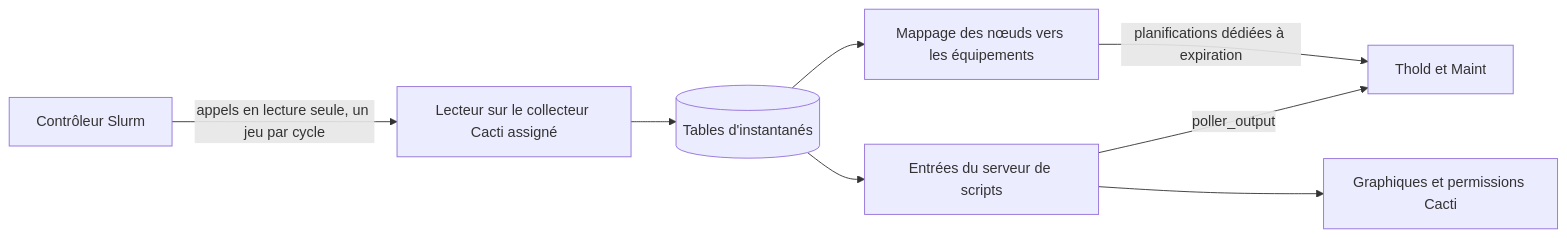
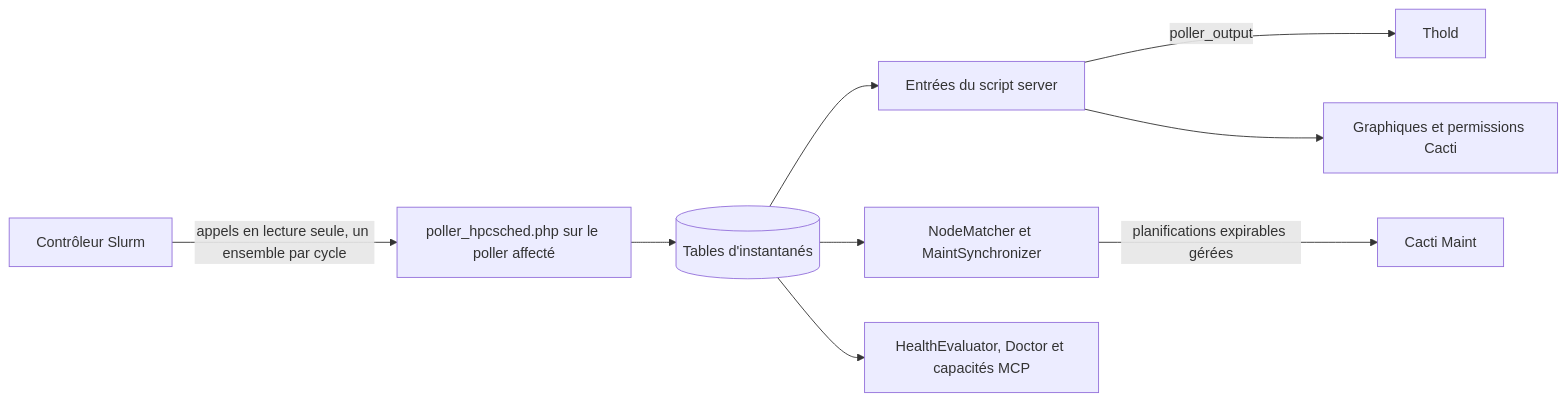
Before and after one commit to somethingwithproof/plugin_hpcsched: the diagram in docs/i18n/fr-SN/README.md, drawn with Mermaid. The commit also changed other lines of this file and 48 other files, not shown here.

````diff
--- a/docs/i18n/fr-SN/README.md
+++ b/docs/i18n/fr-SN/README.md
@@ -109,10 +163,11 @@
 ```mermaid
 flowchart LR
-    S[Contrôleur Slurm] -->|appels en lecture seule, un jeu par cycle| R[Lecteur sur le collecteur Cacti assigné]
+    S[Contrôleur Slurm] -->|appels en lecture seule, un ensemble par cycle| R[poller_hpcsched.php sur le poller affecté]
     R --> SNAP[(Tables d'instantanés)]
-    SNAP --> SS[Entrées du serveur de scripts]
-    SS -->|poller_output| T[Thold et Maint]
+    SNAP --> SS[Entrées du script server]
+    SS -->|poller_output| T[Thold]
     SS --> G[Graphiques et permissions Cacti]
-    SNAP --> MAP[Mappage des nœuds vers les équipements]
-    MAP -->|planifications dédiées à expiration| T
+    SNAP --> MAP[NodeMatcher et MaintSynchronizer]
+    MAP -->|planifications expirables gérées| M[Cacti Maint]
+    SNAP --> H[HealthEvaluator, Doctor et capacités MCP]
 ```
````
